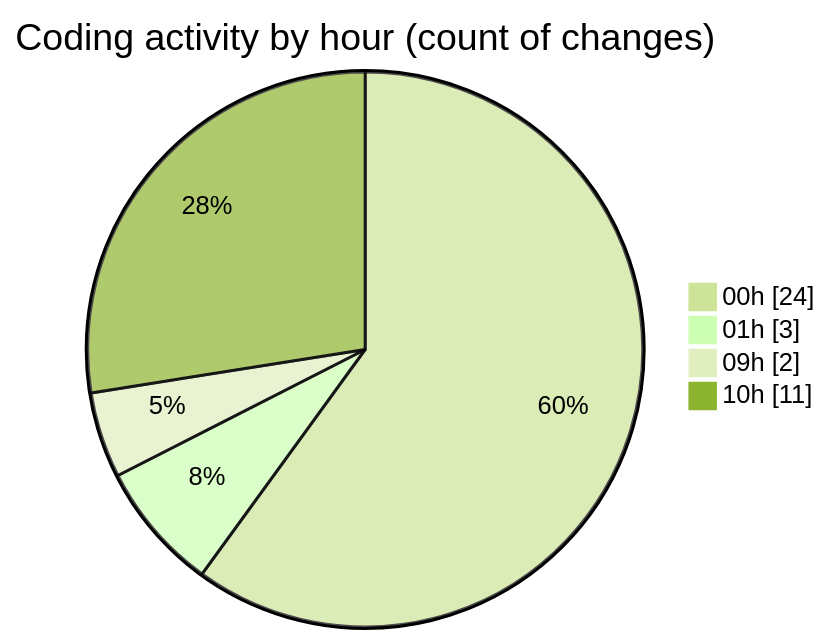
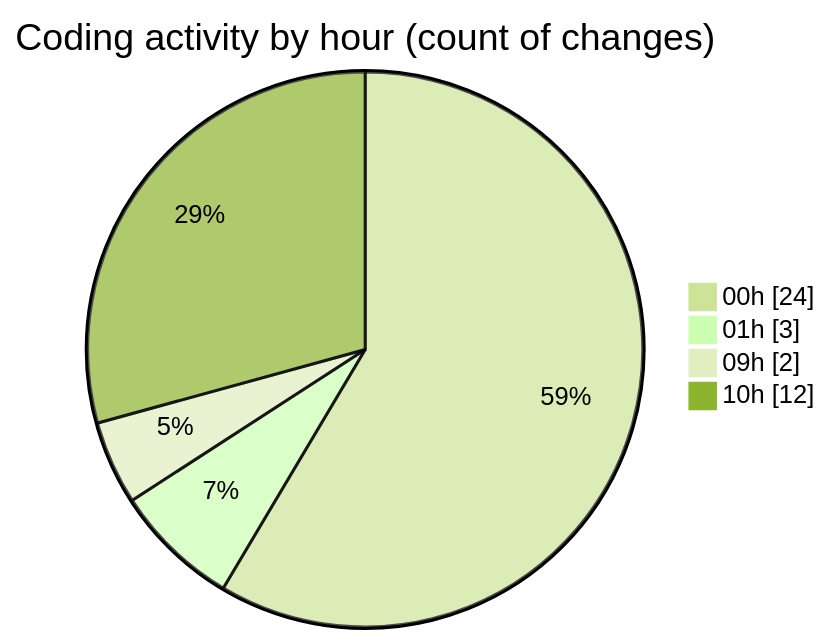
The second of 2 diagrams in 2025-11-24/eventscop-frontend-guide__workspace_/README.md (julien-gomy/code-tracking), drawn with Mermaid (forest theme) before and after one commit. The commit also changed other lines of this file and 1 other file, not shown here.

````diff
--- a/2025-11-24/eventscop-frontend-guide__workspace_/README.md
+++ b/2025-11-24/eventscop-frontend-guide__workspace_/README.md
@@ -41,8 +41,8 @@
 ```mermaid
 pie showData
 title Coding activity by hour (count of changes)
 "00h" : 24
 "01h" : 3
 "09h" : 2
-"10h" : 11
+"10h" : 12
 ```
````
